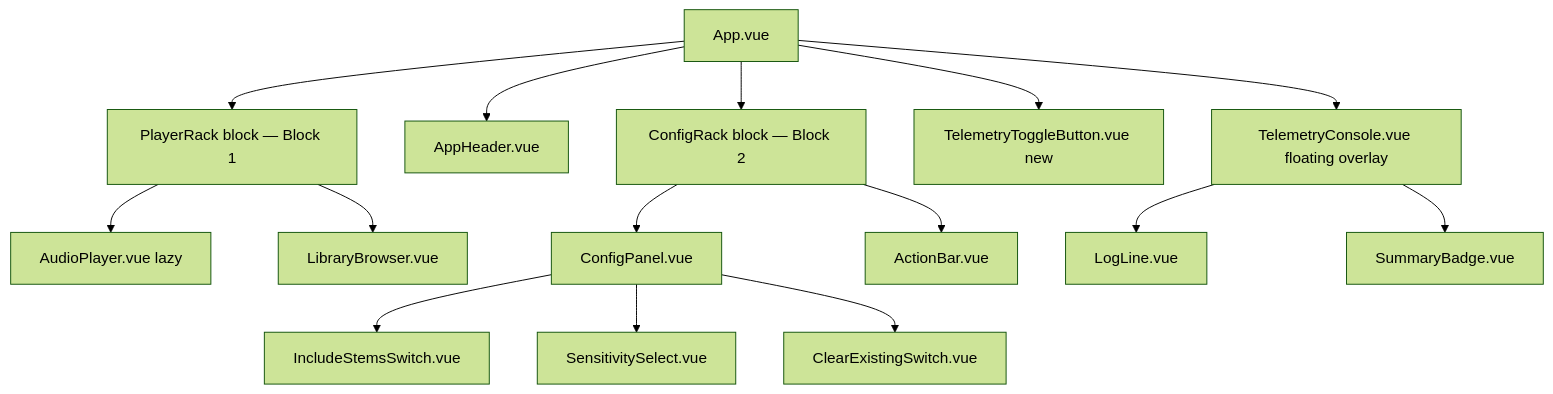
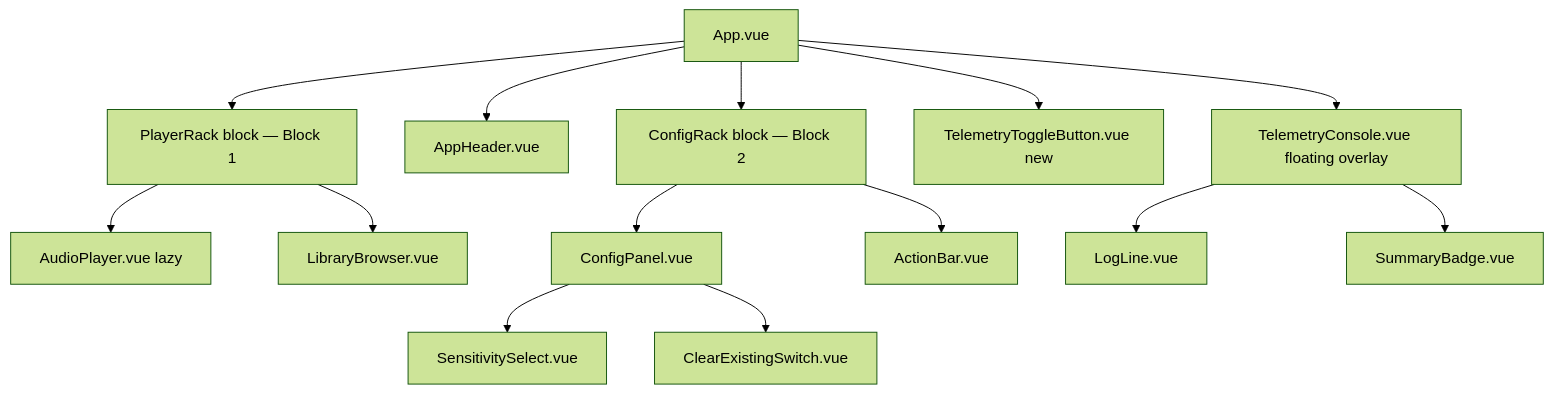
The first of 3 diagrams in .openspec/3-gui-spec.md (jesusguzmanjs/arka), drawn with Mermaid (forest theme) before and after one commit. The commit also changed other lines of this file and 50 other files, not shown here.

````diff
--- a/.openspec/3-gui-spec.md
+++ b/.openspec/3-gui-spec.md
@@ -137,17 +141,16 @@
 ```mermaid
 graph TD
     A[App.vue] --> R[PlayerRack block — Block 1]
     R --> P[AudioPlayer.vue lazy]
     R --> LB[LibraryBrowser.vue]
     A --> B[AppHeader.vue]
     A --> C[ConfigRack block — Block 2]
     C --> C0[ConfigPanel.vue]
     C --> D[ActionBar.vue]
     A --> TB[TelemetryToggleButton.vue new]
     A --> E[TelemetryConsole.vue floating overlay]
-    C0 --> C2[IncludeStemsSwitch.vue]
     C0 --> C3[SensitivitySelect.vue]
     C0 --> C4[ClearExistingSwitch.vue]
     E --> E1[LogLine.vue]
     E --> E2[SummaryBadge.vue]
 ```
````
